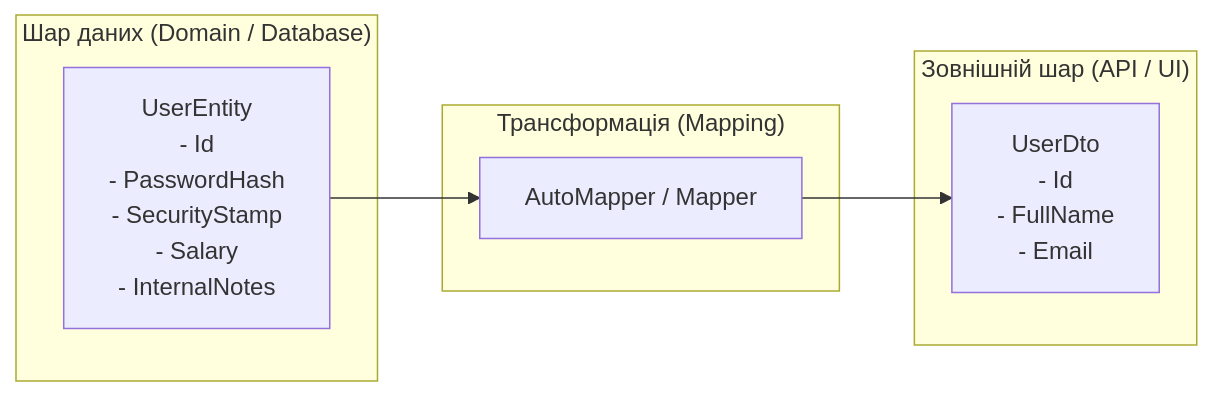
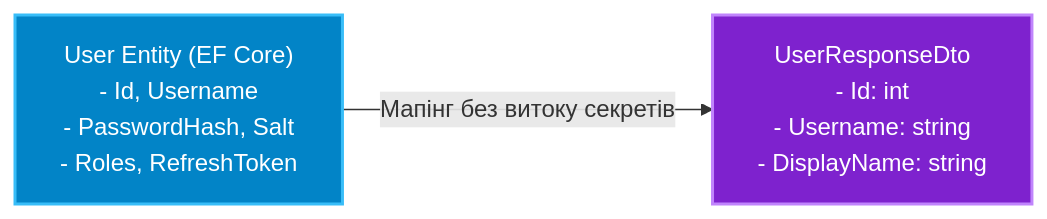
The diagram in 08-Architecture-And-Patterns/04-AutoMapper-And-DTO/Docs/01_DTO_Pattern_And_Object_Mapping.md (MrTomkaYurii/CSharp-OOP-Mastery), drawn with Mermaid before and after one commit. The commit also changed other lines of this file and 73 other files, not shown here.

Commit message:
docs: enrich and expand all lecture guides across chapters 01, 02, 04, 05, 06, 07, 08, 10 with deep theory, Mermaid diagrams and verified links

````diff
--- a/08-Architecture-And-Patterns/04-AutoMapper-And-DTO/Docs/01_DTO_Pattern_And_Object_Mapping.md
+++ b/08-Architecture-And-Patterns/04-AutoMapper-And-DTO/Docs/01_DTO_Pattern_And_Object_Mapping.md
@@ -10,14 +13,9 @@
 ```mermaid
 flowchart LR
-    subgraph DataLayer["Шар даних (Domain / Database)"]
-        Entity["UserEntity<br/>- Id<br/>- PasswordHash<br/>- SecurityStamp<br/>- Salary<br/>- InternalNotes"]
-    end
-    subgraph MappingLayer["Трансформація (Mapping)"]
-        Mapper["AutoMapper / Mapper"]
-    end
-    subgraph ClientLayer["Зовнішній шар (API / UI)"]
-        DTO["UserDto<br/>- Id<br/>- FullName<br/>- Email"]
-    end
+    classDef ent fill:#0284c7,stroke:#38bdf8,color:#ffffff,stroke-width:2px;
+    classDef dto fill:#7e22ce,stroke:#c084fc,color:#ffffff,stroke-width:2px;
 
-    Entity --> Mapper --> DTO
+    UserEntity["User Entity (EF Core)<br/>- Id, Username<br/>- PasswordHash, Salt<br/>- Roles, RefreshToken"]:::ent
+    
+    UserEntity -->|Мапінг без витоку секретів| UserDto["UserResponseDto<br/>- Id: int<br/>- Username: string<br/>- DisplayName: string"]:::dto
 ```
````
